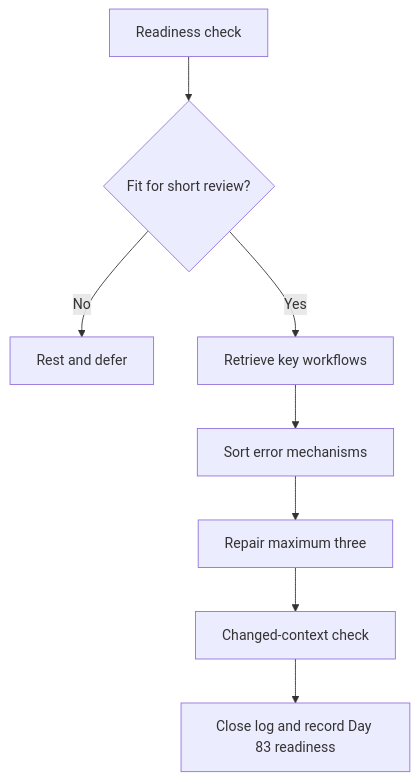
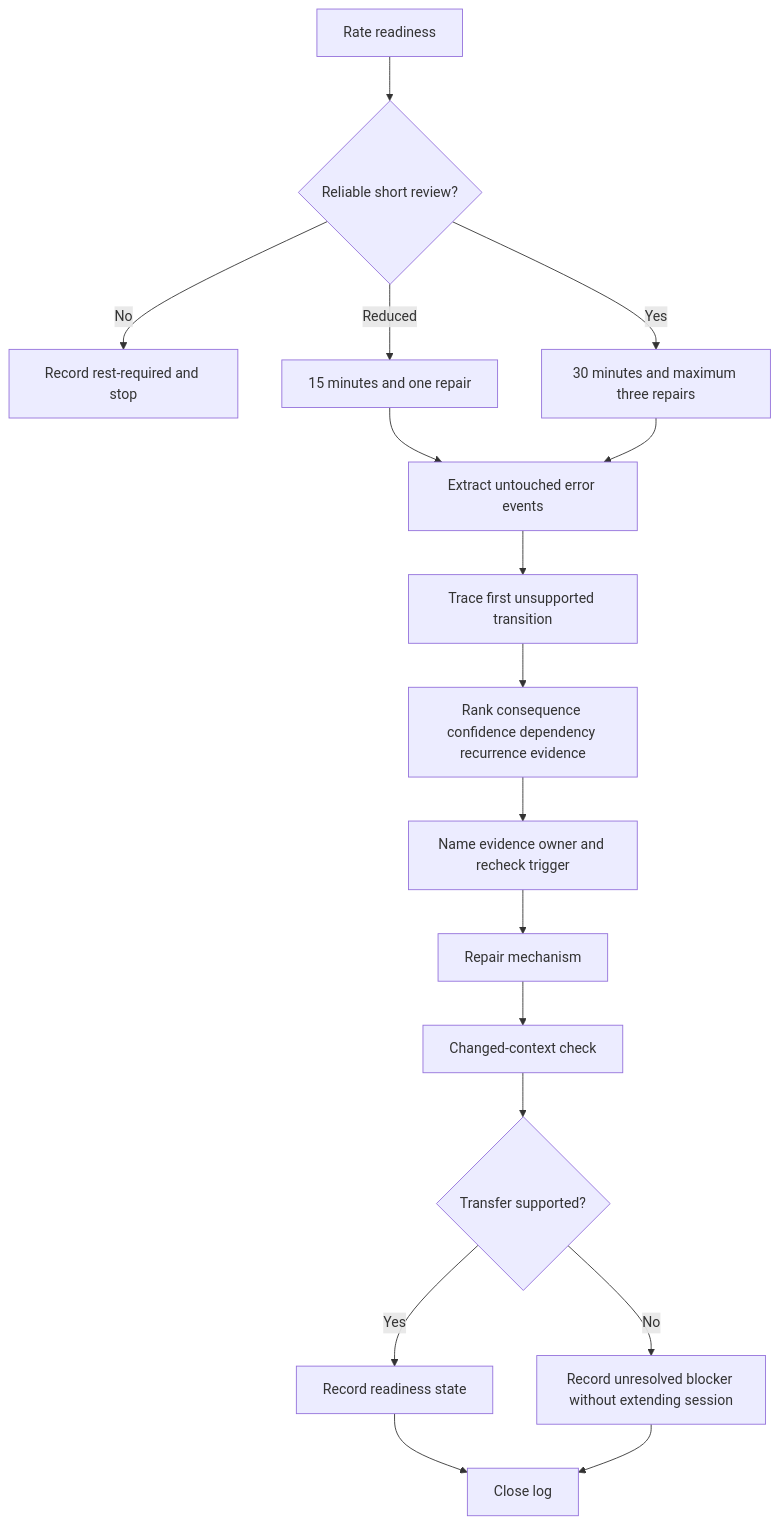
Before and after one commit to andrew3stedall/capstone: the first of 2 diagrams in docs/learning-plans/12-week/modules/day-82-rest-and-evidence-led-error-log-consolidation.md, drawn with Mermaid. The commit also changed other lines of this file, not shown here.

Commit message:
Improve Day 82 error-log consolidation

````diff
--- a/docs/learning-plans/12-week/modules/day-82-rest-and-evidence-led-error-log-consolidation.md
+++ b/docs/learning-plans/12-week/modules/day-82-rest-and-evidence-led-error-log-consolidation.md
@@ -66,10 +90,19 @@
 ```mermaid
 flowchart TD
-  A[Readiness check] --> B{Fit for short review?}
-  B -->|No| C[Rest and defer]
-  B -->|Yes| D[Retrieve key workflows]
-  D --> E[Sort error mechanisms]
-  E --> F[Repair maximum three]
-  F --> G[Changed-context check]
-  G --> H[Close log and record Day 83 readiness]
+  A[Rate readiness] --> B{Reliable short review?}
+  B -->|No| C[Record rest-required and stop]
+  B -->|Reduced| D[15 minutes and one repair]
+  B -->|Yes| E[30 minutes and maximum three repairs]
+  D --> F[Extract untouched error events]
+  E --> F
+  F --> G[Trace first unsupported transition]
+  G --> H[Rank consequence confidence dependency recurrence evidence]
+  H --> I[Name evidence owner and recheck trigger]
+  I --> J[Repair mechanism]
+  J --> K[Changed-context check]
+  K --> L{Transfer supported?}
+  L -->|Yes| M[Record readiness state]
+  L -->|No| N[Record unresolved blocker without extending session]
+  M --> O[Close log]
+  N --> O
 ```
````
